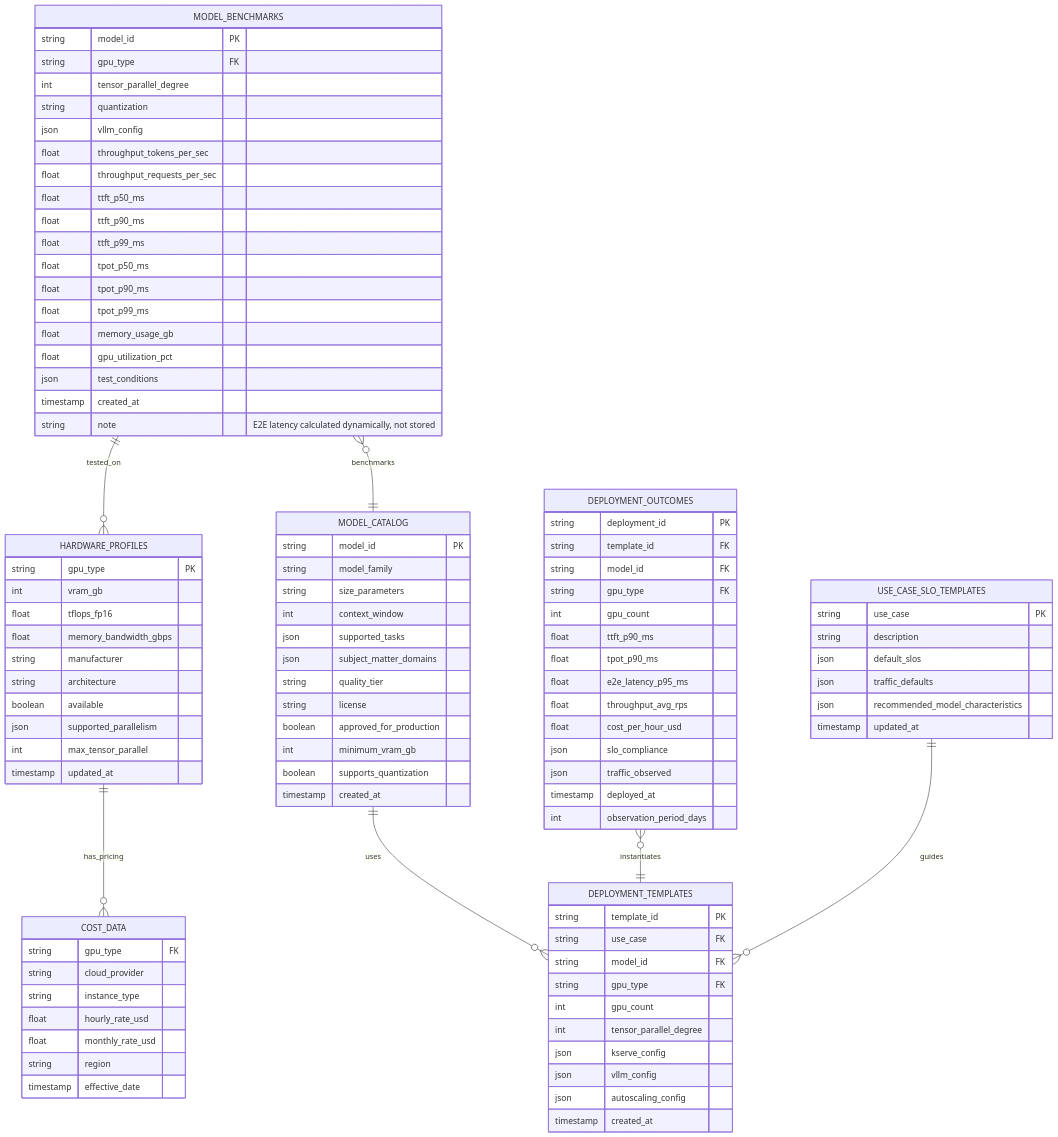
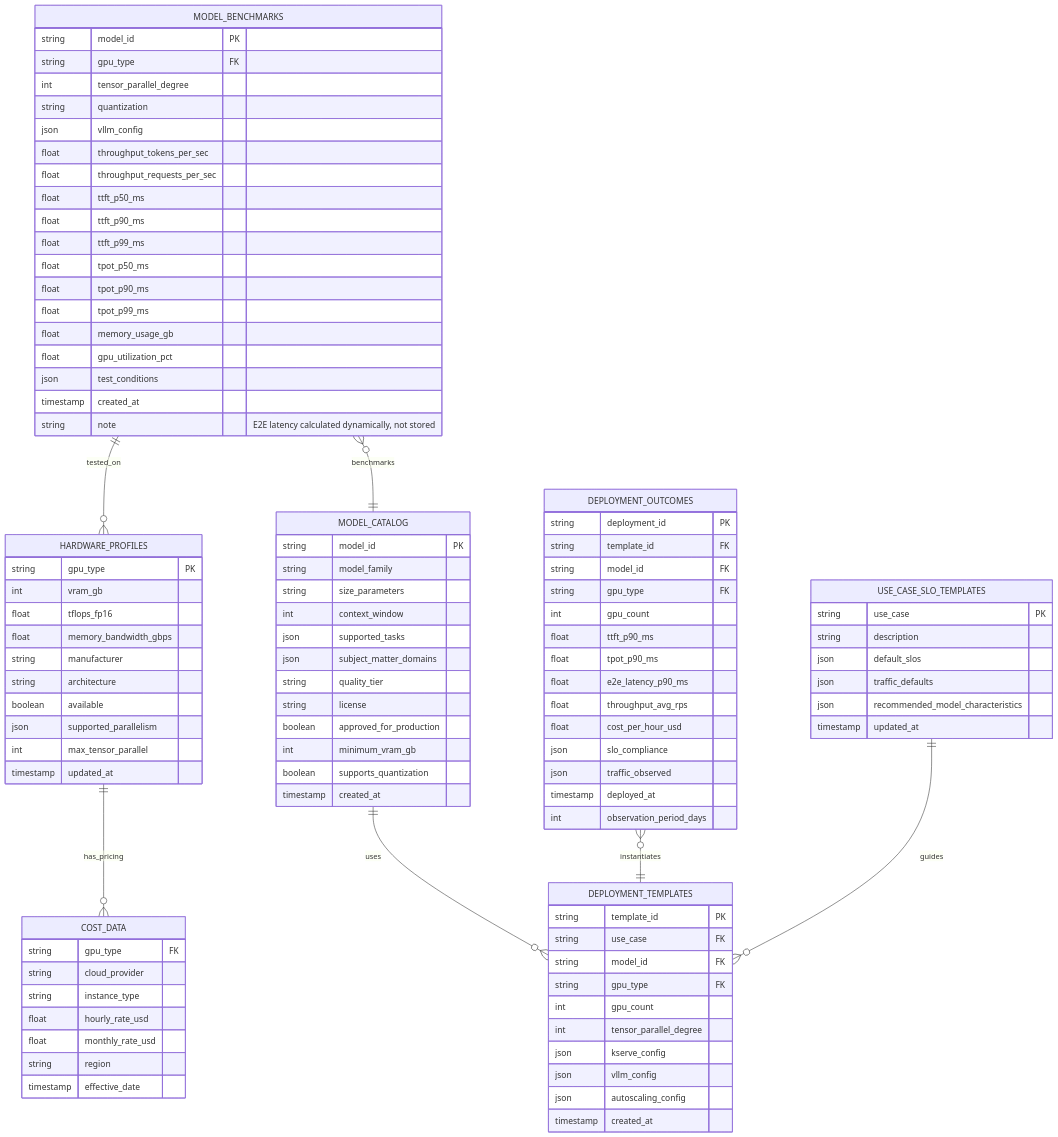
One commit to redhat-et/compass changed the fifth of 5 diagrams in docs/architecture-diagram.md. Above: the diagram before and after it, drawn with Mermaid. The commit also changed 21 other files, not shown here.

```diff
--- a/docs/architecture-diagram.md
+++ b/docs/architecture-diagram.md
@@ -390,7 +390,7 @@
         int gpu_count
         float ttft_p90_ms
         float tpot_p90_ms
-        float e2e_latency_p95_ms
+        float e2e_latency_p90_ms
         float throughput_avg_rps
         float cost_per_hour_usd
         json slo_compliance
```
